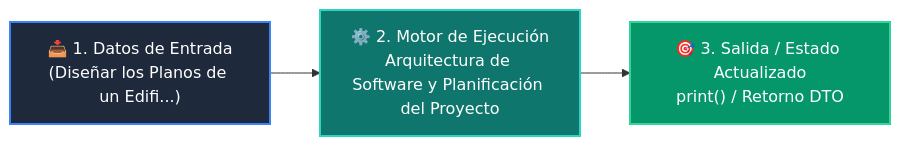
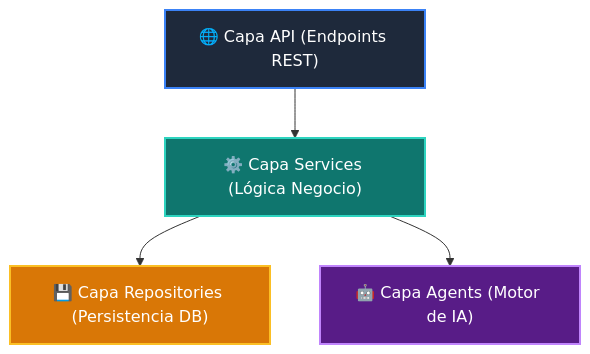
One commit to wisrovi/wisrovi-python changed the diagram in docs/curso-04/clase-01.md. Above: the diagram before and after it, drawn with Mermaid. The commit also changed other lines of this file and 52 other files, not shown here.

````diff
--- a/docs/curso-04/clase-01.md
+++ b/docs/curso-04/clase-01.md
@@ -38,9 +37,10 @@
 ```mermaid
-flowchart LR
-    IN["📥 1. Datos de Entrada<br/>(Diseñar los Planos de un Edifi...)"] --> ENG["⚙️ 2. Motor de Ejecución<br/>Arquitectura de Software y Planificación del Proyecto"]
-    ENG --> OUT["🎯 3. Salida / Estado Actualizado<br/>print() / Retorno DTO"]
-
-    style IN fill:#1e293b,color:#ffffff,stroke:#3b82f6,stroke-width:2px
-    style ENG fill:#0f766e,color:#ffffff,stroke:#2dd4bf,stroke-width:2px
-    style OUT fill:#059669,color:#ffffff,stroke:#34d399,stroke-width:2px
+flowchart TD
+    A["🌐 Capa API (Endpoints REST)"] --> B["⚙️ Capa Services (Lógica Negocio)"]
+    B --> C["💾 Capa Repositories (Persistencia DB)"]
+    B --> D["🤖 Capa Agents (Motor de IA)"]
+    style A fill:#1e293b,color:#ffffff,stroke:#3b82f6,stroke-width:2px
+    style B fill:#0f766e,color:#ffffff,stroke:#2dd4bf,stroke-width:2px
+    style C fill:#d97706,color:#ffffff,stroke:#fbbf24,stroke-width:2px
+    style D fill:#581c87,color:#ffffff,stroke:#c084fc,stroke-width:2px
 ```
````
